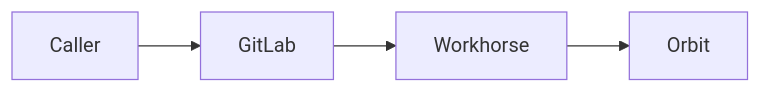
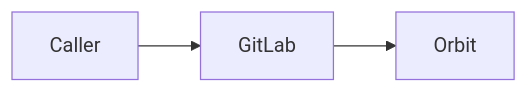
One commit to gitlabhq/orbit-knowledge-graph changed the first of 5 diagrams in docs/pages/engineering/architecture/querying/query-lifecycle.md. Above: the diagram before and after it, drawn with Mermaid. The commit also changed other lines of this file and 10 other files, not shown here.

````diff
--- a/docs/pages/engineering/architecture/querying/query-lifecycle.md
+++ b/docs/pages/engineering/architecture/querying/query-lifecycle.md
@@ -32,4 +32,4 @@
 ```mermaid
 flowchart LR
-    Caller --> GitLab --> Workhorse --> Orbit
+    Caller --> GitLab --> Orbit
 ```
````
